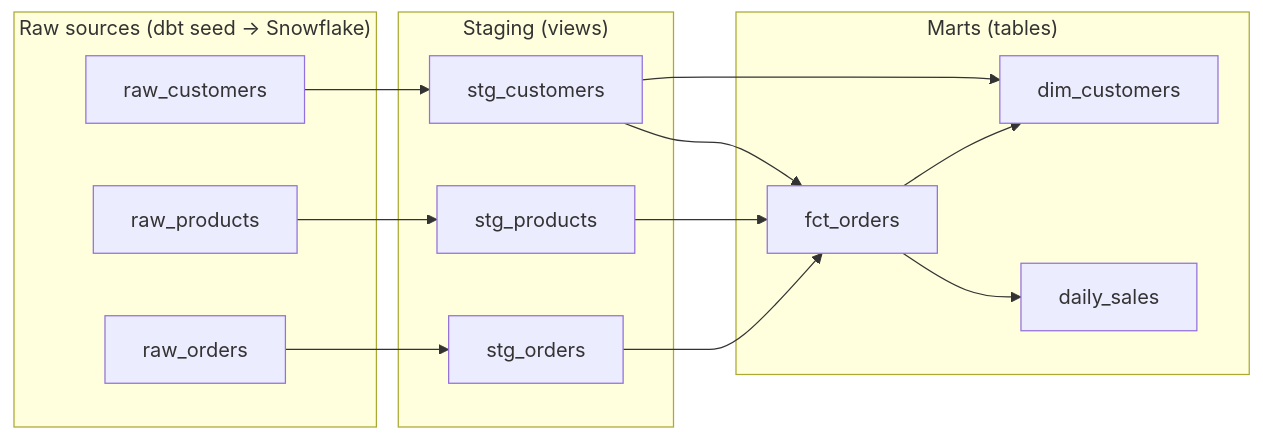
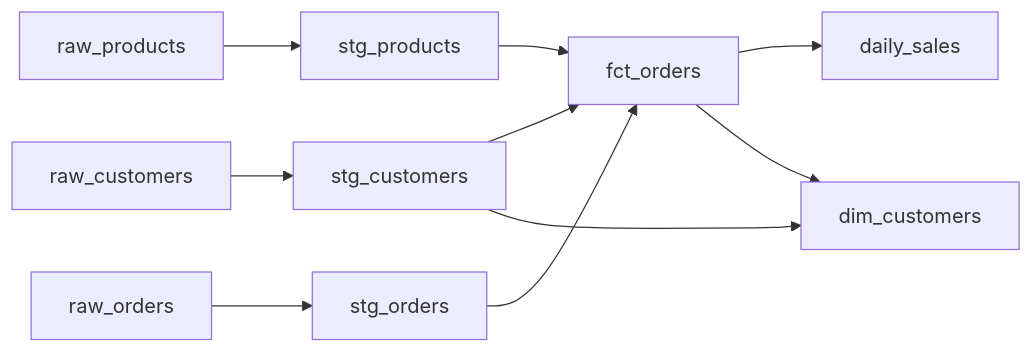
One commit to sebastianmukuria/dbt-snowflake-pipeline changed the diagram in README.md. Above: the diagram before and after it, drawn with Mermaid. The commit also changed other lines of this file, not shown here.

````diff
--- a/README.md
+++ b/README.md
@@ -29,27 +18,12 @@
 ```mermaid
 graph LR
-  subgraph Raw["Raw sources (dbt seed → Snowflake)"]
-    rc[raw_customers]
-    rp[raw_products]
-    ro[raw_orders]
-  end
-  subgraph Staging["Staging (views)"]
-    sc[stg_customers]
-    sp[stg_products]
-    so[stg_orders]
-  end
-  subgraph Marts["Marts (tables)"]
-    fo[fct_orders]
-    ds[daily_sales]
-    dc[dim_customers]
-  end
-  rc --> sc
-  rp --> sp
-  ro --> so
-  sc --> fo
+  rc[raw_customers] --> sc[stg_customers]
+  rp[raw_products] --> sp[stg_products]
+  ro[raw_orders] --> so[stg_orders]
+  sc --> fo[fct_orders]
   sp --> fo
   so --> fo
-  fo --> ds
-  fo --> dc
+  fo --> ds[daily_sales]
+  fo --> dc[dim_customers]
   sc --> dc
 ```
````
